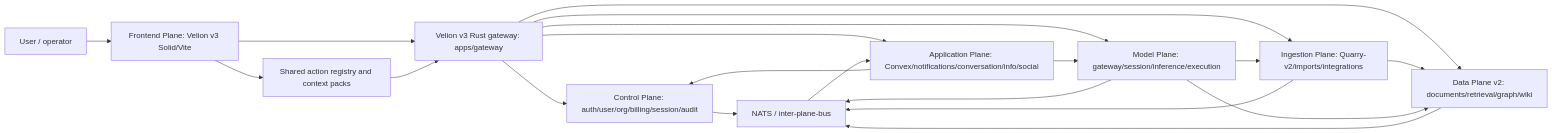
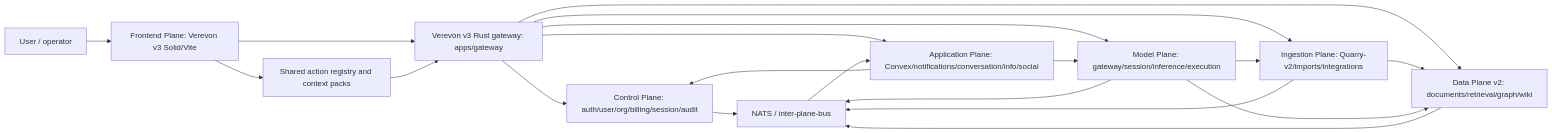
One commit to nisjety/CoreSystems changed the diagram in apps/CODEBASE_INFORMATION_SYSTEM.md. Above: the diagram before and after it, drawn with Mermaid. The commit also changed other lines of this file and 2447 other files, not shown here.

First line of the commit message:
refactor: rename Velion to Verevon across the monorepo

````diff
--- a/apps/CODEBASE_INFORMATION_SYSTEM.md
+++ b/apps/CODEBASE_INFORMATION_SYSTEM.md
@@ -76,22 +76,22 @@
 ```mermaid
 flowchart LR
-  User["User / operator"] --> Frontend["Frontend Plane: Velion v3 Solid/Vite"]
-  Frontend --> Gateway["Velion v3 Rust gateway: apps/gateway"]
+  User["User / operator"] --> Frontend["Frontend Plane: Verevon v3 Solid/Vite"]
+  Frontend --> Gateway["Verevon v3 Rust gateway: apps/gateway"]
   Frontend --> Actions["Shared action registry and context packs"]
   Gateway --> Control["Control Plane: auth/user/org/billing/session/audit"]
   Gateway --> Ingestion["Ingestion Plane: Quarry-v2/imports/integrations"]
   Gateway --> Data["Data Plane v2: documents/retrieval/graph/wiki"]
   Gateway --> Model["Model Plane: gateway/session/inference/execution"]
   Gateway --> Application["Application Plane: Convex/notifications/conversation/info/social"]
   Actions --> Gateway
   Ingestion --> Data
   Model --> Data
   Model --> Ingestion
   Application --> Control
   Application --> Model
   Control --> Events["NATS / inter-plane-bus"]
   Ingestion --> Events
   Data --> Events
   Model --> Events
   Events --> Application
 ```
````
